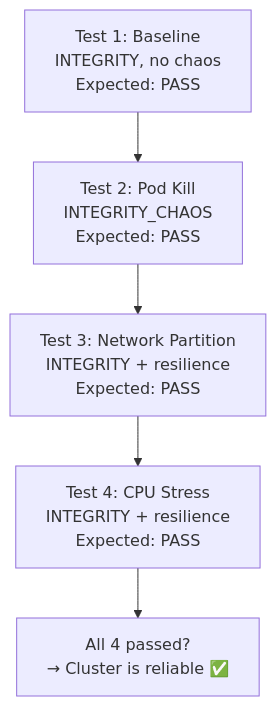
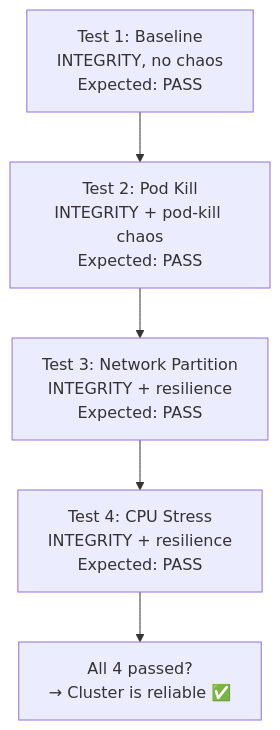
Before and after one commit to actions-marketplace-validations/bmscomp_kates: the second of 3 diagrams in docs/tutorials/04-integrity-under-fire.md, drawn with Mermaid. The commit also changed other lines of this file and 26 other files, not shown here.

````diff
--- a/docs/tutorials/04-integrity-under-fire.md
+++ b/docs/tutorials/04-integrity-under-fire.md
@@ -157,7 +157,7 @@
 ```mermaid
 graph TB
-    T1["Test 1: Baseline<br/>INTEGRITY, no chaos<br/>Expected: PASS"] --> T2["Test 2: Pod Kill<br/>INTEGRITY_CHAOS<br/>Expected: PASS"]
+    T1["Test 1: Baseline<br/>INTEGRITY, no chaos<br/>Expected: PASS"] --> T2["Test 2: Pod Kill<br/>INTEGRITY + pod-kill chaos<br/>Expected: PASS"]
     T2 --> T3["Test 3: Network Partition<br/>INTEGRITY + resilience<br/>Expected: PASS"]
     T3 --> T4["Test 4: CPU Stress<br/>INTEGRITY + resilience<br/>Expected: PASS"]
     T4 --> VERDICT["All 4 passed?<br/>→ Cluster is reliable ✅"]
 ```
````
